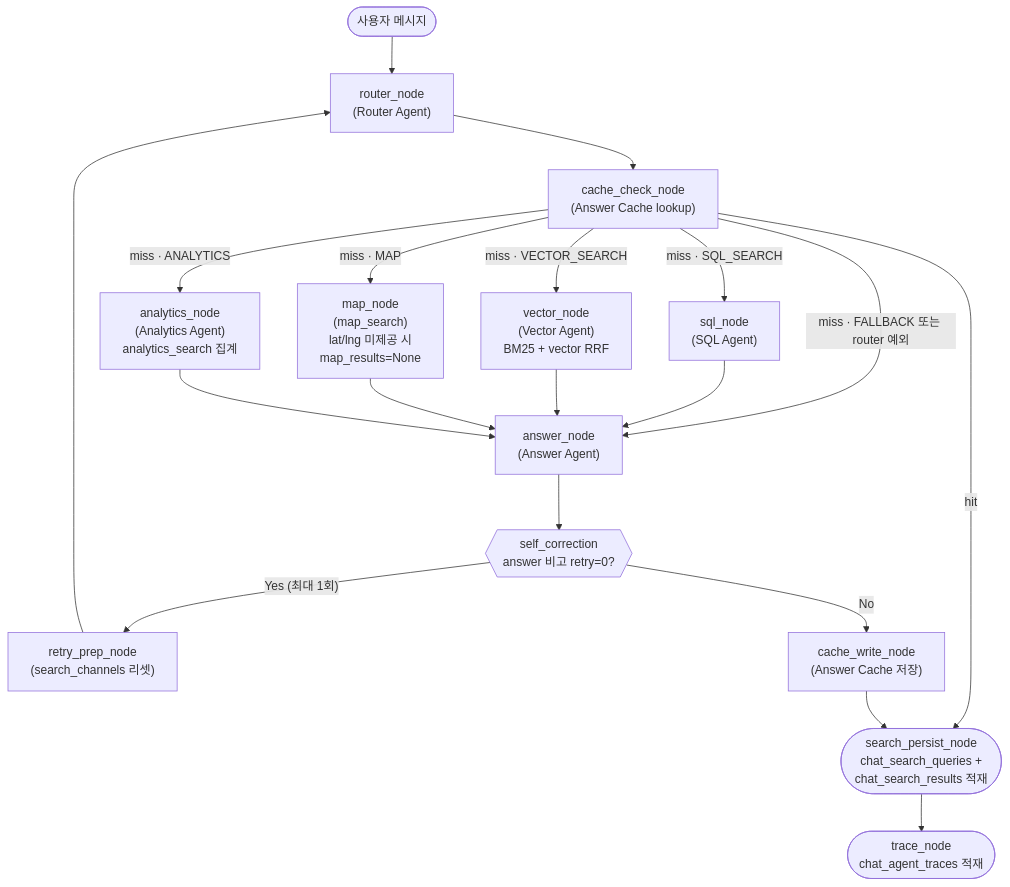
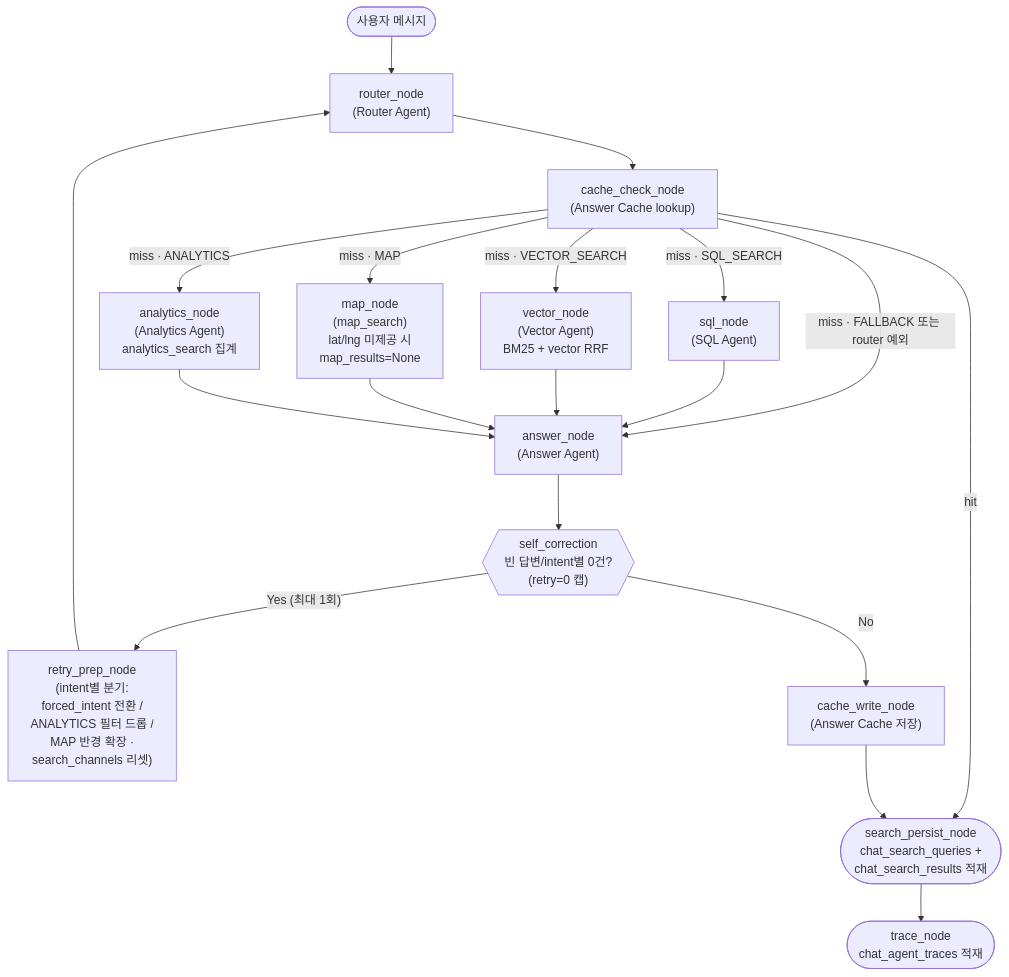
Before and after one commit to f-lab-edu/on-seoul: the diagram in on-seoul-agent/docs/ai-agent-design.md, drawn with Mermaid. The commit also changed other lines of this file, not shown here.

````diff
--- a/on-seoul-agent/docs/ai-agent-design.md
+++ b/on-seoul-agent/docs/ai-agent-design.md
@@ -21,37 +21,37 @@
 ```mermaid
 flowchart TD
     START(["사용자 메시지"])
     ROUTER["router_node<br/>(Router Agent)"]
     CACHE_CHECK["cache_check_node<br/>(Answer Cache lookup)"]
     SQL["sql_node<br/>(SQL Agent)"]
     VECTOR["vector_node<br/>(Vector Agent)<br/>BM25 + vector RRF"]
     MAP["map_node<br/>(map_search)<br/>lat/lng 미제공 시<br/>map_results=None"]
     ANALYTICS["analytics_node<br/>(Analytics Agent)<br/>analytics_search 집계"]
     ANSWER["answer_node<br/>(Answer Agent)"]
-    SELF_CORR{{"self_correction<br/>answer 비고 retry=0?"}}
-    RETRY_PREP["retry_prep_node<br/>(search_channels 리셋)"]
+    SELF_CORR{{"self_correction<br/>빈 답변/intent별 0건?<br/>(retry=0 캡)"}}
+    RETRY_PREP["retry_prep_node<br/>(intent별 분기:<br/>forced_intent 전환 /<br/>ANALYTICS 필터 드롭 /<br/>MAP 반경 확장 ·<br/>search_channels 리셋)"]
     CACHE_WRITE["cache_write_node<br/>(Answer Cache 저장)"]
     SEARCH_PERSIST(["search_persist_node<br/>chat_search_queries +<br/>chat_search_results 적재"])
     TRACE(["trace_node<br/>chat_agent_traces 적재"])
 
     START --> ROUTER
     ROUTER --> CACHE_CHECK
     CACHE_CHECK -- "hit" --> SEARCH_PERSIST
     CACHE_CHECK -- "miss · SQL_SEARCH" --> SQL
     CACHE_CHECK -- "miss · VECTOR_SEARCH" --> VECTOR
     CACHE_CHECK -- "miss · MAP" --> MAP
     CACHE_CHECK -- "miss · ANALYTICS" --> ANALYTICS
     CACHE_CHECK -- "miss · FALLBACK 또는 router 예외" --> ANSWER
 
     SQL --> ANSWER
     VECTOR --> ANSWER
     MAP --> ANSWER
     ANALYTICS --> ANSWER
 
     ANSWER --> SELF_CORR
     SELF_CORR -- "Yes (최대 1회)" --> RETRY_PREP
     RETRY_PREP --> ROUTER
     SELF_CORR -- "No" --> CACHE_WRITE
     CACHE_WRITE --> SEARCH_PERSIST
     SEARCH_PERSIST --> TRACE
 ```
````
